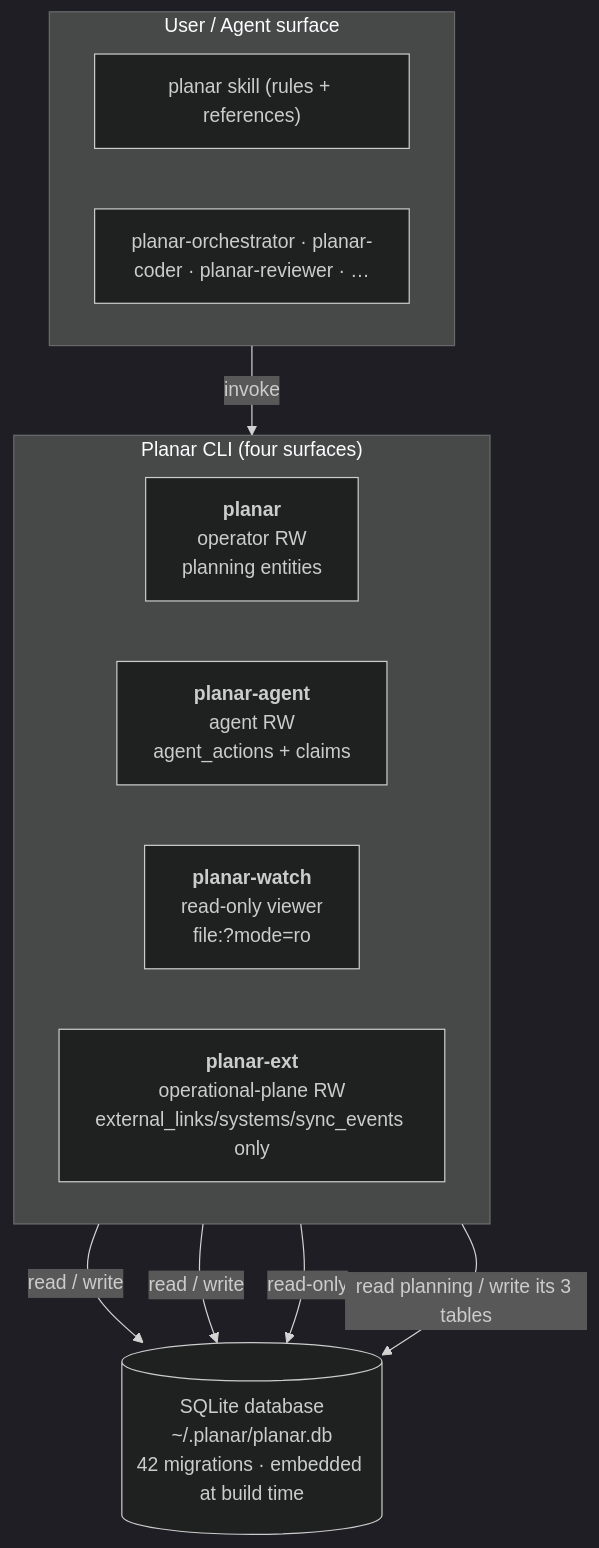
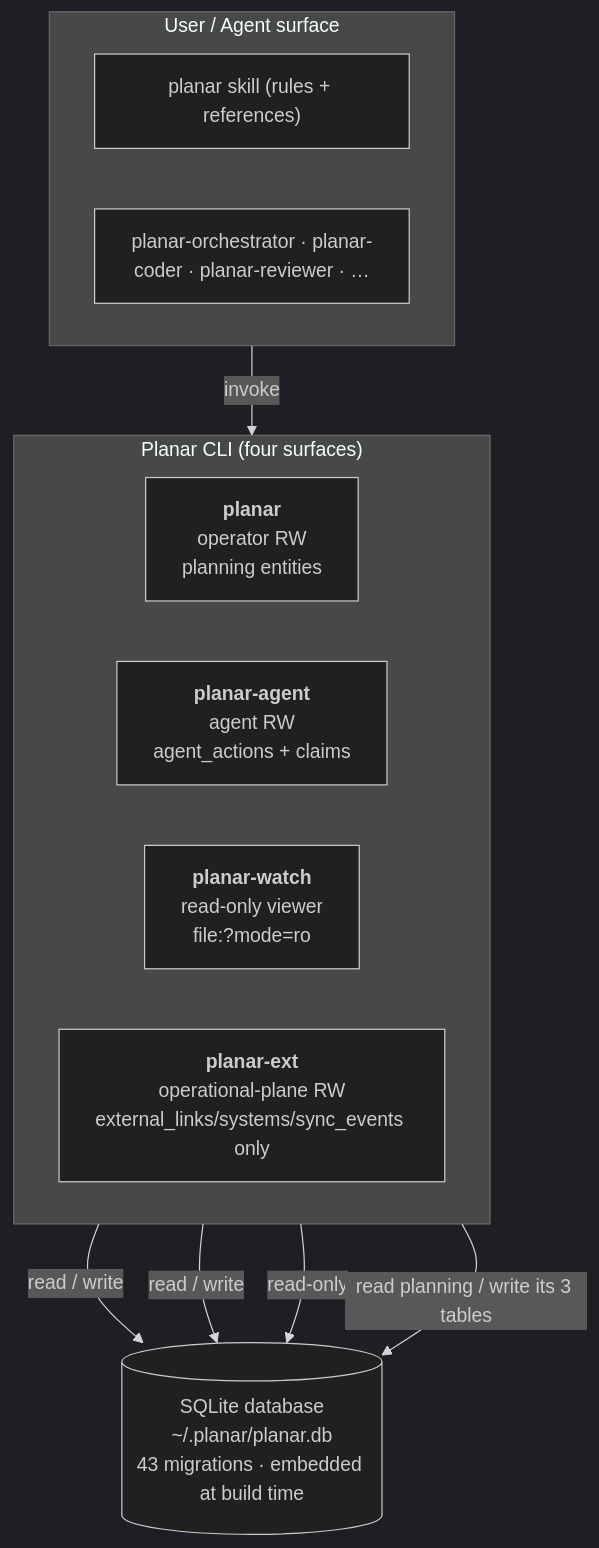
The first of 2 diagrams in docs/architecture.md (rdrsss/planar), drawn with Mermaid (dark theme) before and after one commit. The commit also changed other lines of this file and 24 other files, not shown here.

````diff
--- a/docs/architecture.md
+++ b/docs/architecture.md
@@ -20,24 +20,24 @@
 ```mermaid
 flowchart TD
     subgraph Surface["User / Agent surface"]
         direction LR
         S1["planar skill (rules + references)"]
         S2["planar-orchestrator · planar-coder · planar-reviewer · …"]
     end
 
     subgraph Binaries["Planar CLI (four surfaces)"]
         direction LR
         B1["<b>planar</b><br/>operator RW<br/>planning entities"]
         B2["<b>planar-agent</b><br/>agent RW<br/>agent_actions + claims"]
         B3["<b>planar-watch</b><br/>read-only viewer<br/>file:?mode=ro"]
         B4["<b>planar-ext</b><br/>operational-plane RW<br/>external_links/systems/sync_events only"]
     end
 
-    DB[("SQLite database<br/>~/.planar/planar.db<br/>42 migrations · embedded at build time")]
+    DB[("SQLite database<br/>~/.planar/planar.db<br/>43 migrations · embedded at build time")]
 
     Surface -->|invoke| Binaries
     B1 -->|read / write| DB
     B2 -->|read / write| DB
     B3 -->|read-only| DB
     B4 -->|read planning / write its 3 tables| DB
 ```
````
